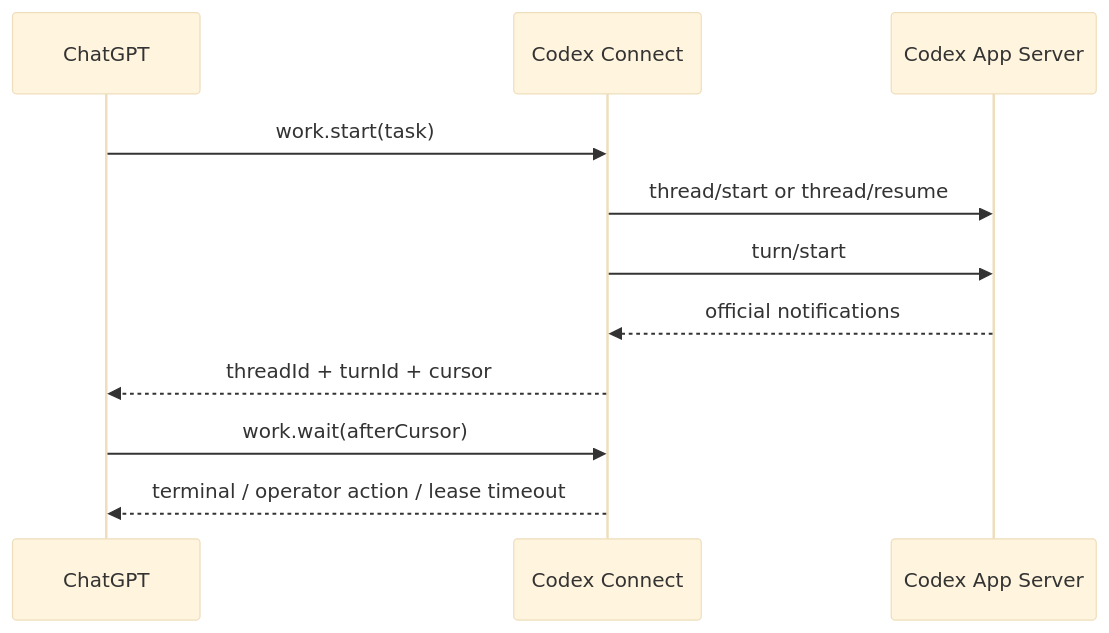
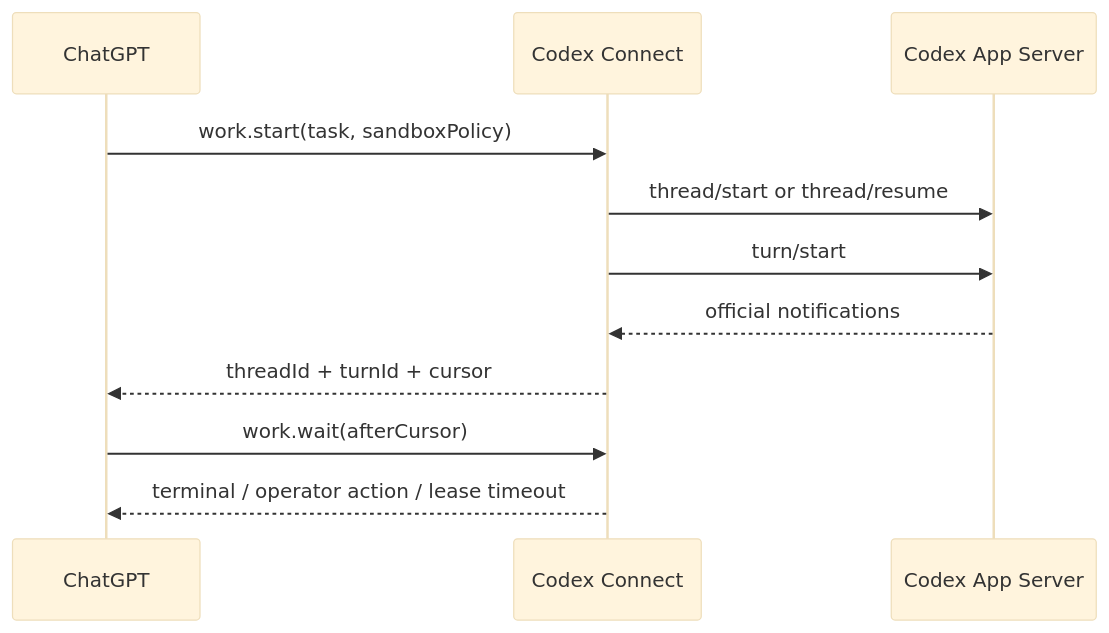
Before and after one commit to Jesrey0/codex-connect: the second of 2 diagrams in docs/architecture/overview.md, drawn with Mermaid (base theme). The commit also changed other lines of this file and 8 other files, not shown here.

````diff
--- a/docs/architecture/overview.md
+++ b/docs/architecture/overview.md
@@ -47,14 +47,14 @@
 ```mermaid
 sequenceDiagram
     participant C as ChatGPT
     participant X as Codex Connect
     participant A as Codex App Server
 
-    C->>X: work.start(task)
+    C->>X: work.start(task, sandboxPolicy)
     X->>A: thread/start or thread/resume
     X->>A: turn/start
     A-->>X: official notifications
     X-->>C: threadId + turnId + cursor
     C->>X: work.wait(afterCursor)
     X-->>C: terminal / operator action / lease timeout
 ```
````
